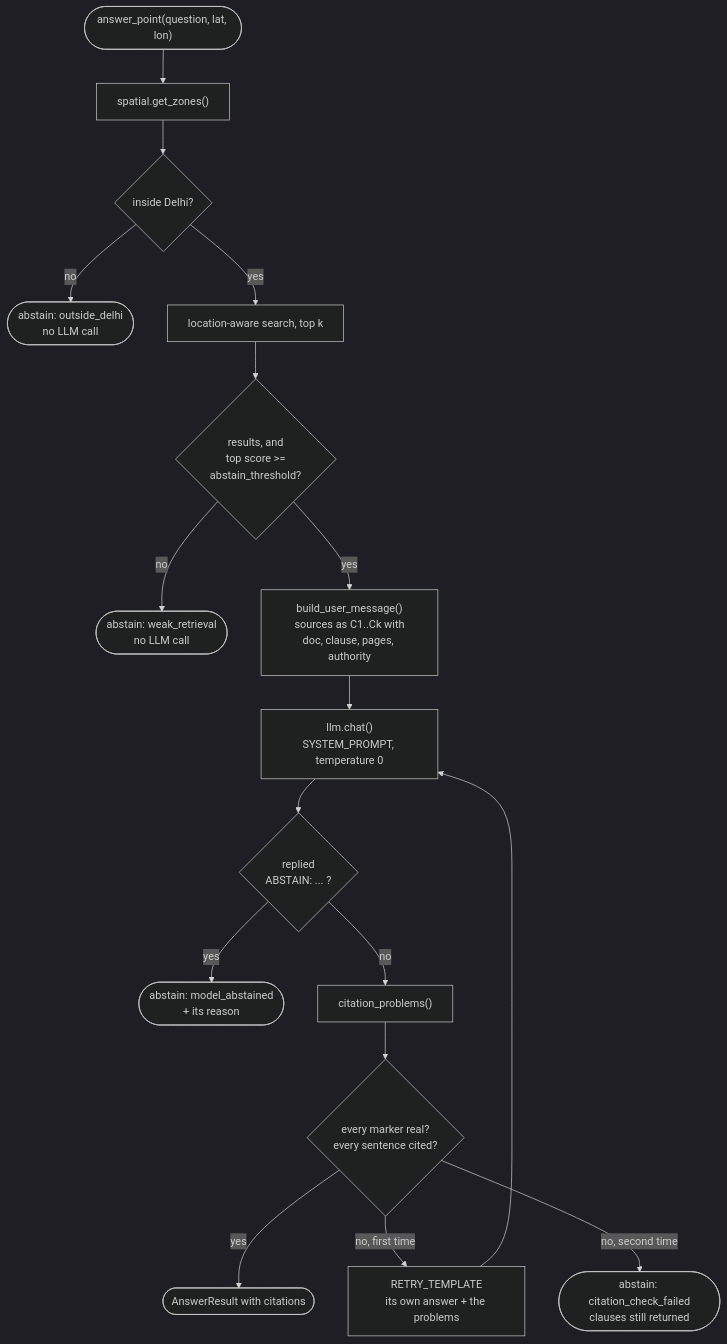
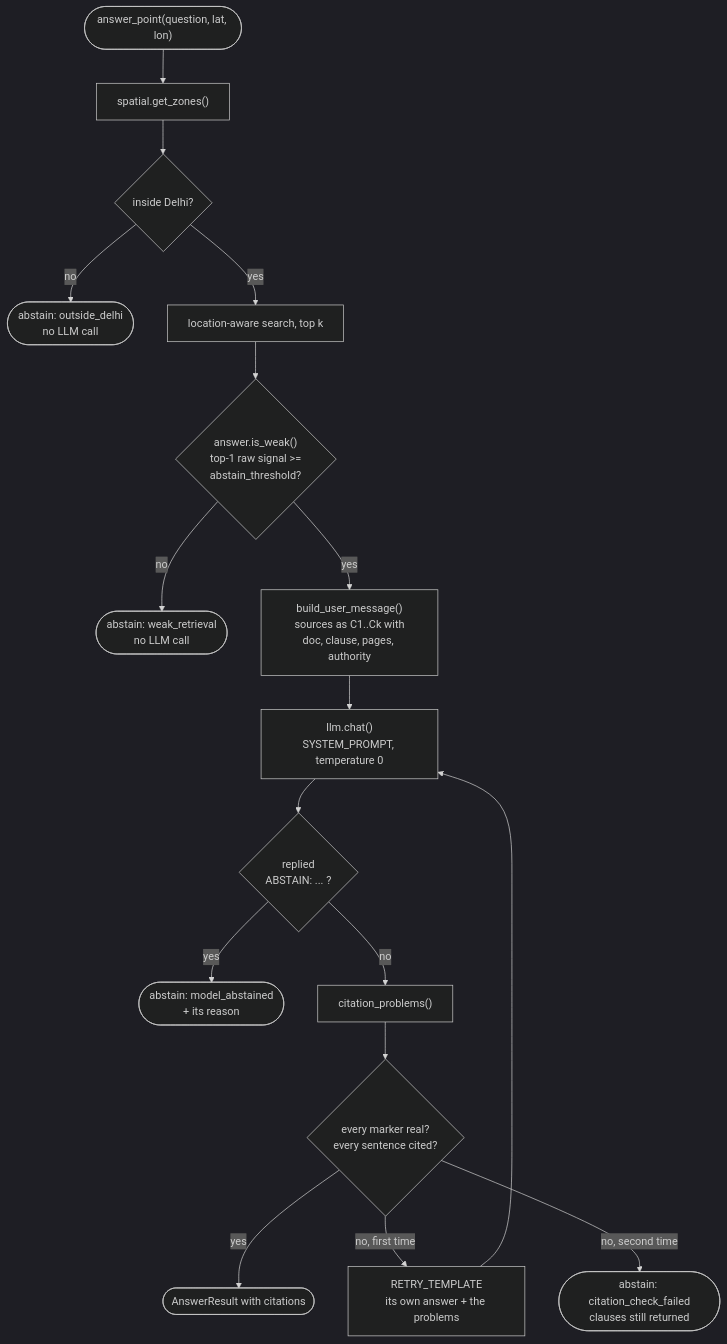
Before and after one commit to dhruv-ship-it/delhi-plan-rag: the fourth of 7 diagrams in docs/ARCHITECTURE.md, drawn with Mermaid (dark theme). The commit also changed other lines of this file and 5 other files, not shown here.

First line of the commit message:
night3-stage8: README, architecture, the v3 query report and the run report

````diff
--- a/docs/ARCHITECTURE.md
+++ b/docs/ARCHITECTURE.md
@@ -130,19 +199,19 @@
 ```mermaid
 flowchart TB
     ASK(["answer_point(question, lat, lon)"]) --> Z["spatial.get_zones()"]
     Z --> INDELHI{"inside Delhi?"}
     INDELHI -->|no| A1(["abstain: outside_delhi<br/>no LLM call"])
     INDELHI -->|yes| SEARCH["location-aware search, top k"]
-    SEARCH --> WEAK{"results, and<br/>top score >=<br/>abstain_threshold?"}
+    SEARCH --> WEAK{"answer.is_weak()<br/>top-1 raw signal >=<br/>abstain_threshold?"}
     WEAK -->|no| A2(["abstain: weak_retrieval<br/>no LLM call"])
     WEAK -->|yes| PROMPT["build_user_message()<br/>sources as C1..Ck with<br/>doc, clause, pages, authority"]
     PROMPT --> CALL["llm.chat()<br/>SYSTEM_PROMPT, temperature 0"]
     CALL --> SAID{"replied<br/>ABSTAIN: ... ?"}
     SAID -->|yes| A3(["abstain: model_abstained<br/>+ its reason"])
     SAID -->|no| CHECK["citation_problems()"]
     CHECK --> OK{"every marker real?<br/>every sentence cited?"}
     OK -->|yes| GOOD(["AnswerResult with citations"])
     OK -->|"no, first time"| RETRY["RETRY_TEMPLATE<br/>its own answer + the problems"]
     RETRY --> CALL
     OK -->|"no, second time"| A4(["abstain: citation_check_failed<br/>clauses still returned"])
 ```
````
